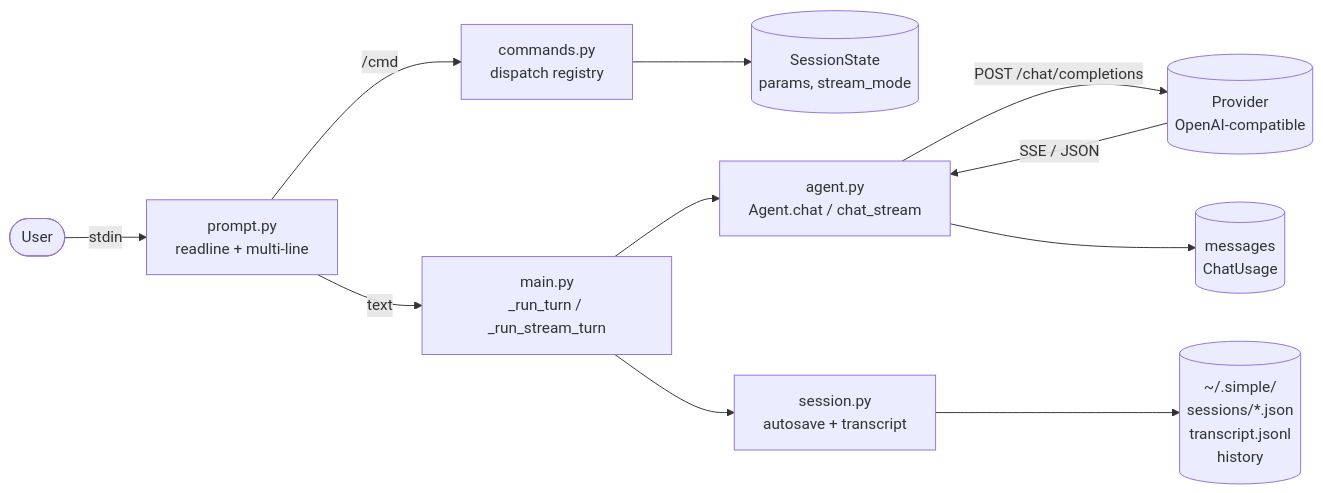
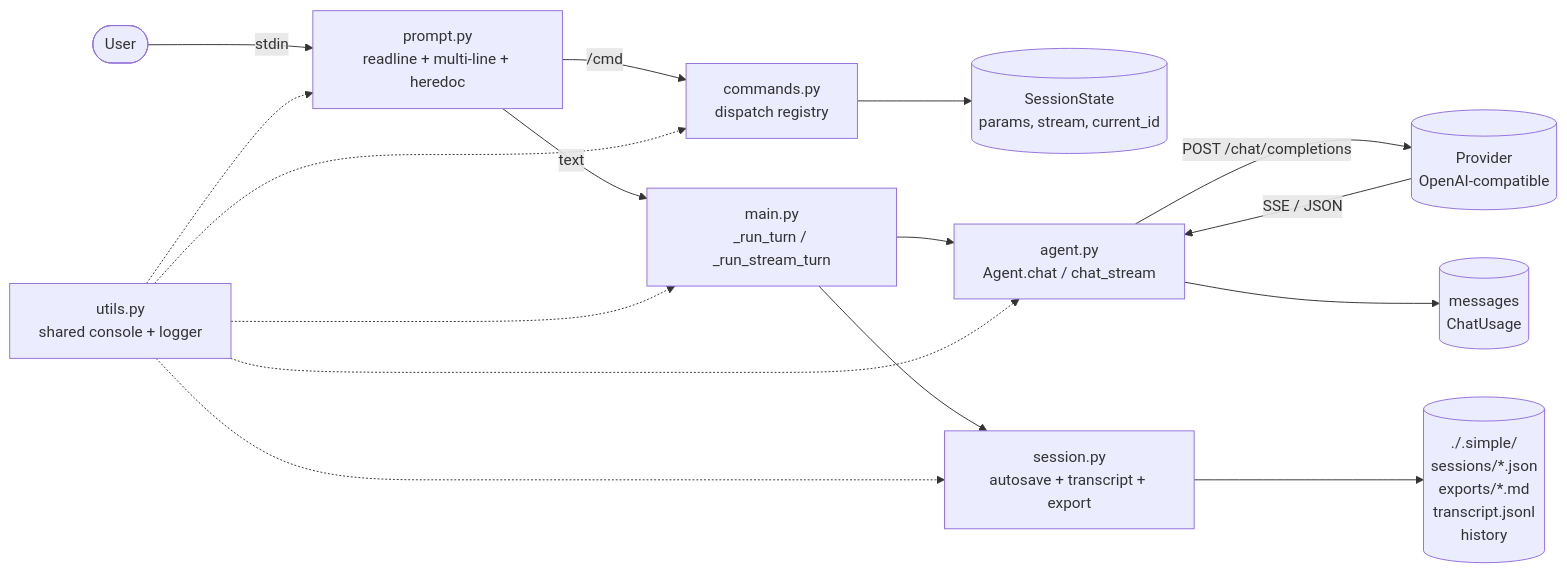
One commit to oornnery/harness-lab changed the diagram in apps/simple/README.md. Above: the diagram before and after it, drawn with Mermaid. The commit also changed other lines of this file and 3 other files, not shown here.

````diff
--- a/apps/simple/README.md
+++ b/apps/simple/README.md
@@ -15,13 +15,18 @@
 ```mermaid
 flowchart LR
-    U([User]) -->|stdin| RL[prompt.py<br/>readline + multi-line]
+    U([User]) -->|stdin| RL[prompt.py<br/>readline + multi-line + heredoc]
     RL -->|/cmd| CMD[commands.py<br/>dispatch registry]
     RL -->|text| MAIN[main.py<br/>_run_turn / _run_stream_turn]
-    CMD --> STATE[(SessionState<br/>params, stream_mode)]
+    CMD --> STATE[(SessionState<br/>params, stream, current_id)]
     MAIN --> AGENT[agent.py<br/>Agent.chat / chat_stream]
     AGENT -->|POST /chat/completions| API[(Provider<br/>OpenAI-compatible)]
     API -->|SSE / JSON| AGENT
     AGENT --> HIST[(messages<br/>ChatUsage)]
-    MAIN --> SESS[session.py<br/>autosave + transcript]
-    SESS --> FS[(~/.simple/<br/>sessions/*.json<br/>transcript.jsonl<br/>history)]
+    MAIN --> SESS[session.py<br/>autosave + transcript + export]
+    SESS --> FS[(./.simple/<br/>sessions/*.json<br/>exports/*.md<br/>transcript.jsonl<br/>history)]
+    UTILS[utils.py<br/>shared console + logger] -.-> MAIN
+    UTILS -.-> CMD
+    UTILS -.-> AGENT
+    UTILS -.-> SESS
+    UTILS -.-> RL
 ```
````
